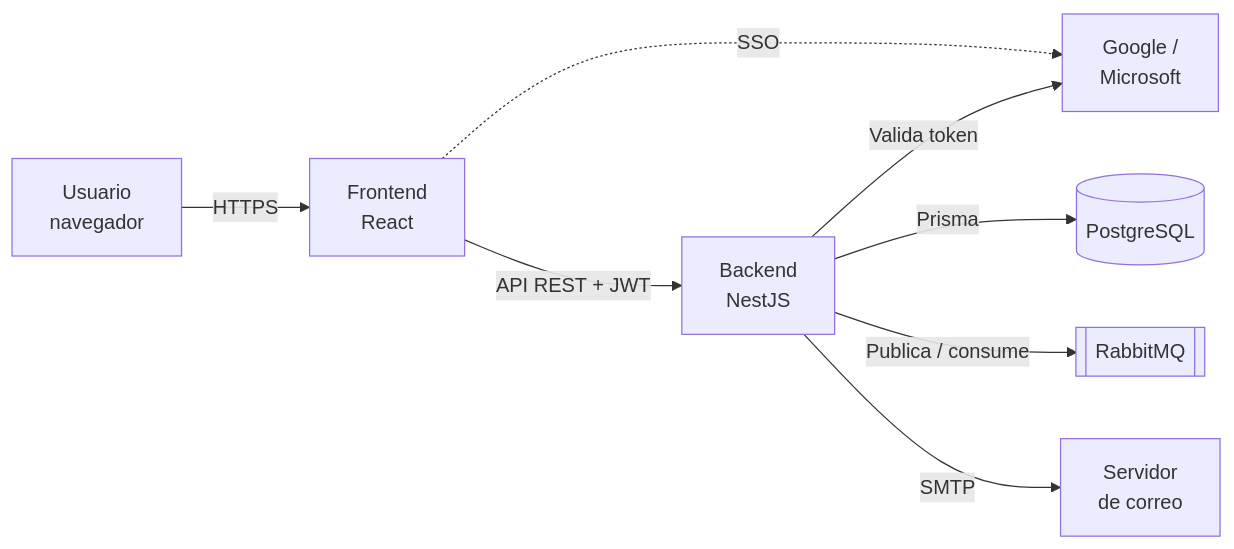
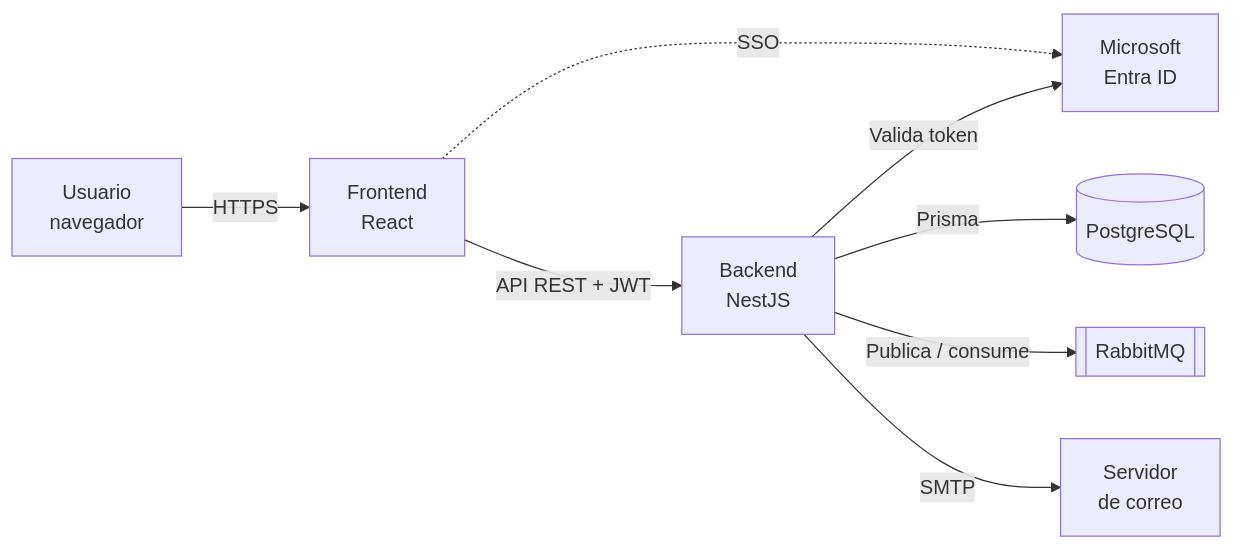
Before and after one commit to practicantePMO/Aplicativo-Flujo-Capex-Opex: the first of 4 diagrams in backend/README.md, drawn with Mermaid. The commit also changed other lines of this file and 23 other files, not shown here.

Commit message:
feat(auth): retirar el inicio de sesión con Google y dejar Entra ID como único proveedor

````diff
--- a/backend/README.md
+++ b/backend/README.md
@@ -169,10 +168,10 @@
 ```mermaid
 flowchart LR
     U[Usuario<br/>navegador] -->|HTTPS| F[Frontend<br/>React]
     F -->|API REST + JWT| B[Backend<br/>NestJS]
-    F -.->|SSO| IDP[Google /<br/>Microsoft]
+    F -.->|SSO| IDP[Microsoft<br/>Entra ID]
     B -->|Valida token| IDP
     B -->|Prisma| DB[(PostgreSQL)]
     B -->|Publica / consume| MQ[[RabbitMQ]]
     B -->|SMTP| MAIL[Servidor<br/>de correo]
 ```
````
